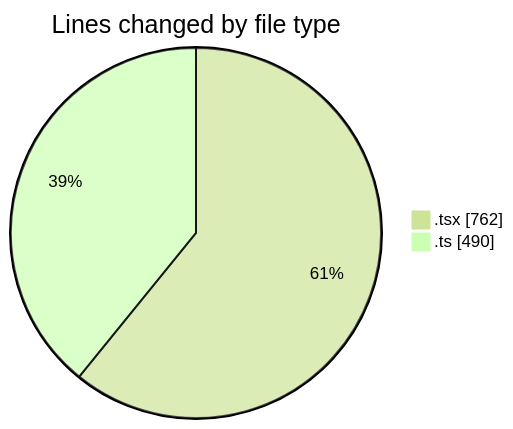
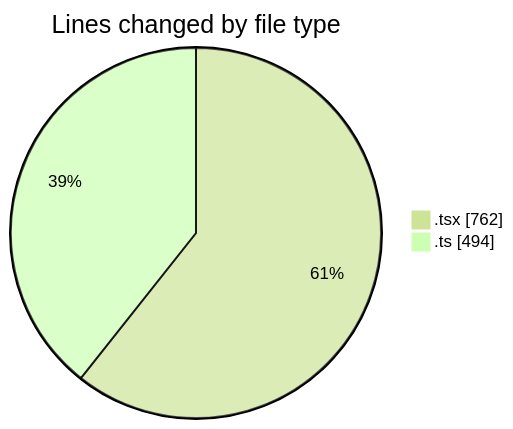
One commit to robertbonfada/code-tracking changed the first of 2 diagrams in 2025-05-20/mbc-web/README.md. Above: the diagram before and after it, drawn with Mermaid (forest theme). The commit also changed other lines of this file and 1 other file, not shown here.

````diff
--- a/2025-05-20/mbc-web/README.md
+++ b/2025-05-20/mbc-web/README.md
@@ -26,6 +26,6 @@
 ```mermaid
 pie showData
 title Lines changed by file type
 ".tsx" : 762
-".ts" : 490
+".ts" : 494
 ```
````
